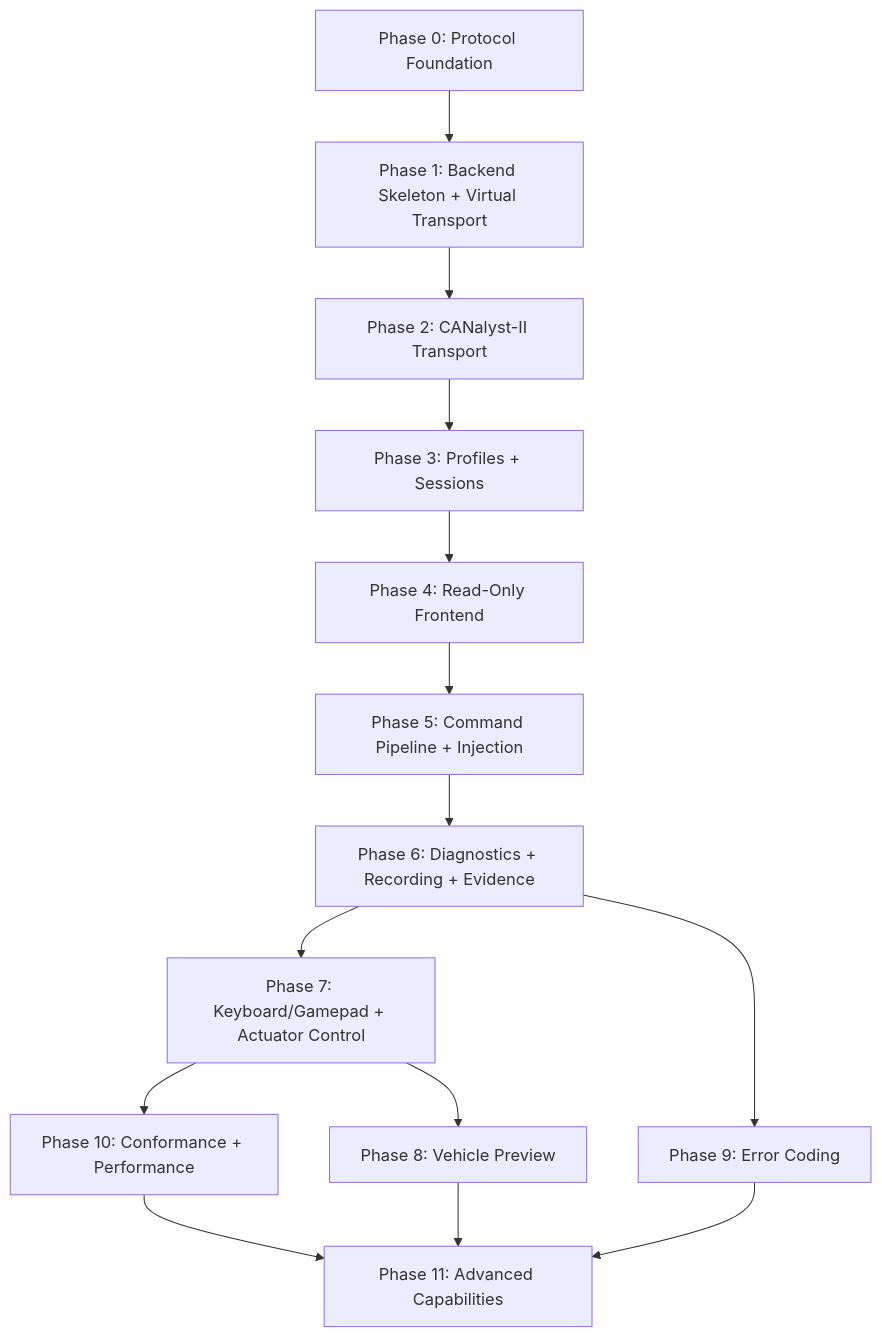
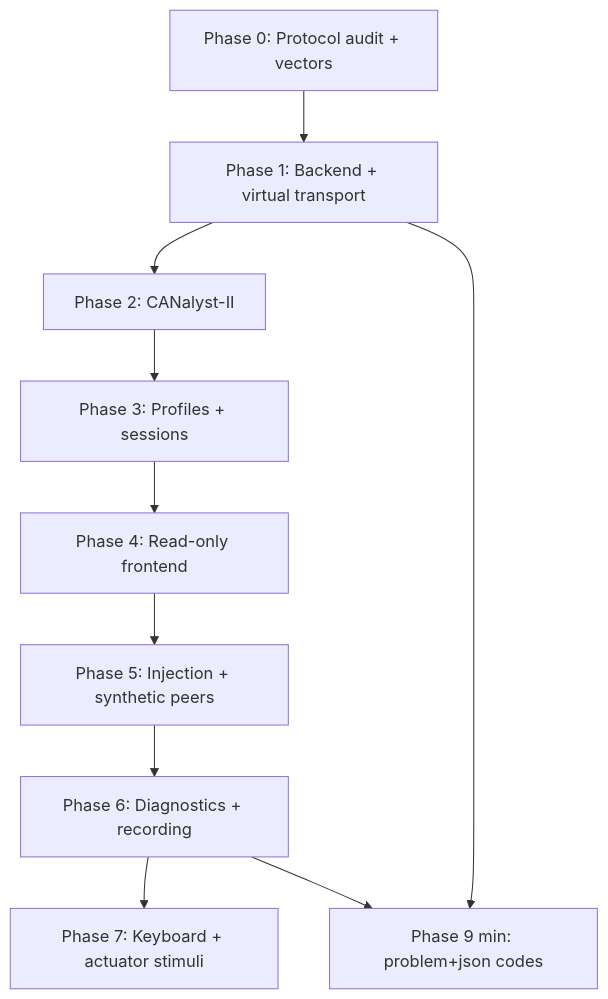
The diagram in control-toolkit/workplan.md (shakilapr/etrike), drawn with Mermaid before and after one commit. The commit also changed other lines of this file and 2 other files, not shown here.

````diff
--- a/control-toolkit/workplan.md
+++ b/control-toolkit/workplan.md
@@ -1062,16 +995,12 @@
 ```mermaid
 flowchart TD
-    P0[Phase 0: Protocol Foundation] --> P1[Phase 1: Backend Skeleton + Virtual Transport]
-    P1 --> P2[Phase 2: CANalyst-II Transport]
-    P2 --> P3[Phase 3: Profiles + Sessions]
-    P3 --> P4[Phase 4: Read-Only Frontend]
-    P4 --> P5[Phase 5: Command Pipeline + Injection]
-    P5 --> P6[Phase 6: Diagnostics + Recording + Evidence]
-    P6 --> P7[Phase 7: Keyboard/Gamepad + Actuator Control]
-    P7 --> P8[Phase 8: Vehicle Preview]
-    P6 --> P9[Phase 9: Error Coding]
-    P7 --> P10[Phase 10: Conformance + Performance]
-    P10 --> P11[Phase 11: Advanced Capabilities]
-    P8 --> P11
-    P9 --> P11
+    P0[Phase 0: Protocol audit + vectors] --> P1[Phase 1: Backend + virtual transport]
+    P1 --> P2[Phase 2: CANalyst-II]
+    P2 --> P3[Phase 3: Profiles + sessions]
+    P3 --> P4[Phase 4: Read-only frontend]
+    P4 --> P5[Phase 5: Injection + synthetic peers]
+    P5 --> P6[Phase 6: Diagnostics + recording]
+    P6 --> P7[Phase 7: Keyboard + actuator stimuli]
+    P1 --> P9min[Phase 9 min: problem+json codes]
+    P6 --> P9min
 ```
````
